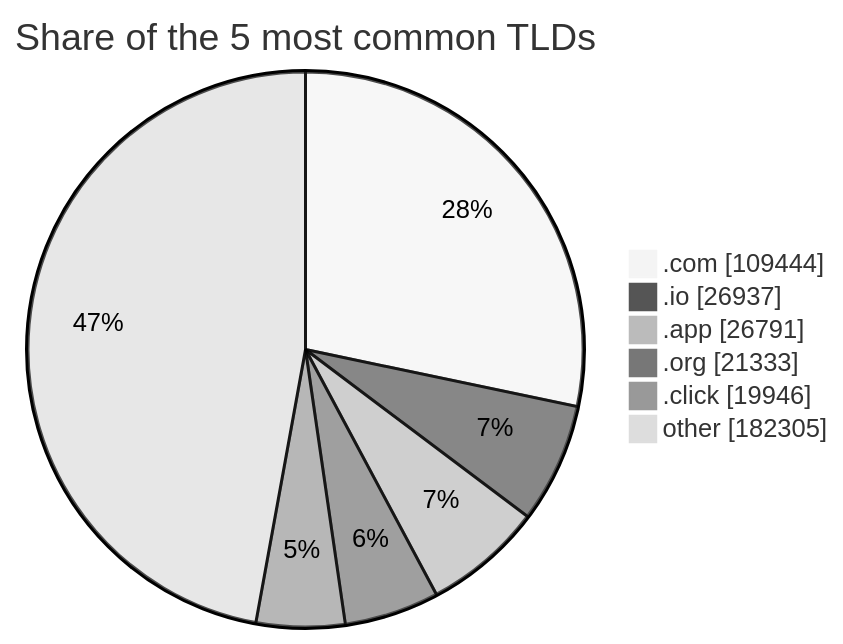
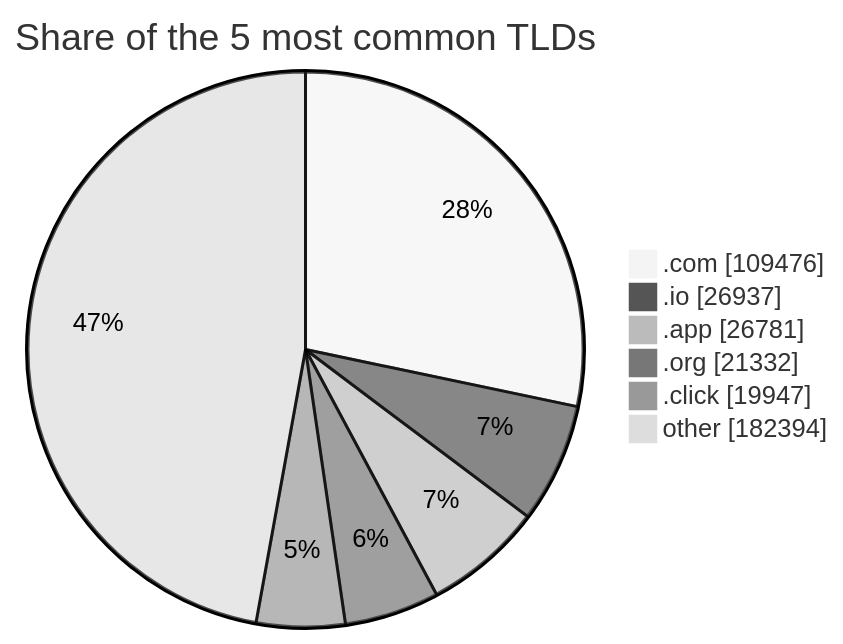
One commit to DNSBunker/CTI changed the third of 3 diagrams in README.md. Above: the diagram before and after it, drawn with Mermaid (neutral theme). The commit also changed other lines of this file and 3 other files, not shown here.

````diff
--- a/README.md
+++ b/README.md
@@ -81,9 +81,9 @@
 ```mermaid
 pie showData title Share of the 5 most common TLDs
-    ".com" : 109444
+    ".com" : 109476
     ".io" : 26937
-    ".app" : 26791
-    ".org" : 21333
-    ".click" : 19946
-    "other" : 182305
+    ".app" : 26781
+    ".org" : 21332
+    ".click" : 19947
+    "other" : 182394
 ```
````
